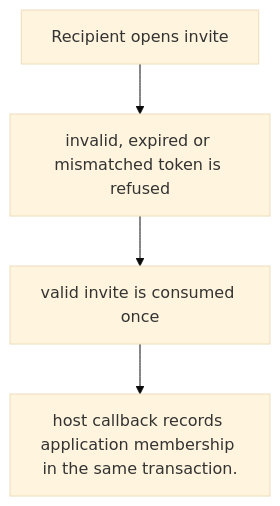
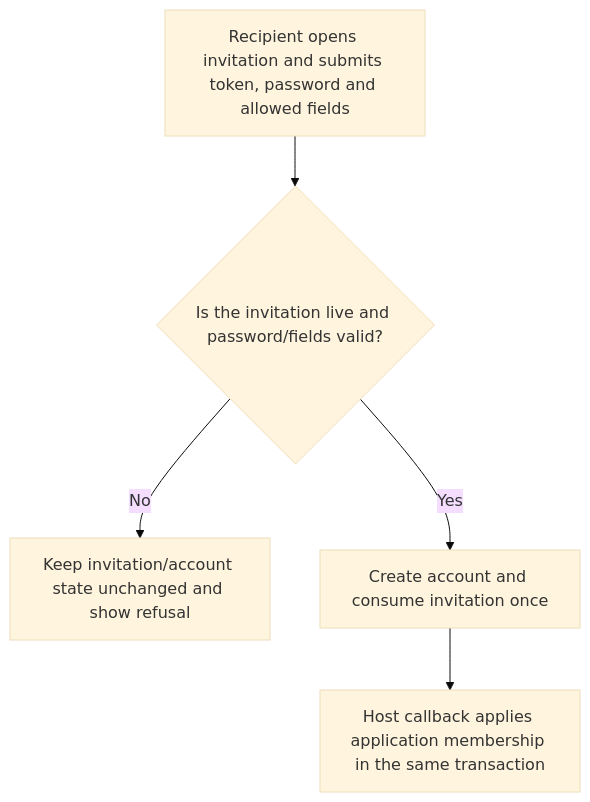
Before and after one commit to Kevinjohn/oss-adonisjs-account-kit: the first of 2 diagrams in user-stories/US-ACCOUNT-09-accept-invitation.md, drawn with Mermaid (base theme). The commit also changed other lines of this file and 17 other files, not shown here.

````diff
--- a/user-stories/US-ACCOUNT-09-accept-invitation.md
+++ b/user-stories/US-ACCOUNT-09-accept-invitation.md
@@ -20,10 +18,7 @@
 ```mermaid
 flowchart TD
-    U0["Recipient opens invite"]
-    U1["invalid, expired or mismatched token is refused"]
-    U0 --> U1
-    U2["valid invite is consumed once"]
-    U1 --> U2
-    U3["host callback records application membership in the same transaction."]
-    U2 --> U3
+ A["Recipient opens invitation and submits token, password and allowed fields"] --> B{"Is the invitation live and password/fields valid?"}
+ B -->|No| C["Keep invitation/account state unchanged and show refusal"]
+ B -->|Yes| D["Create account and consume invitation once"]
+ D --> E["Host callback applies application membership in the same transaction"]
 ```
````
